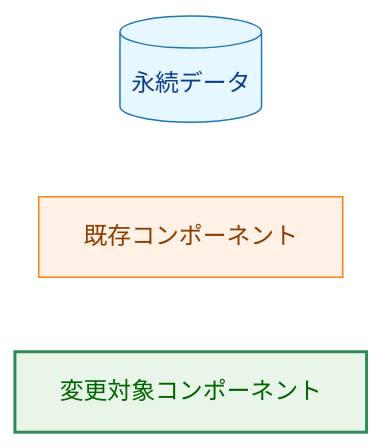
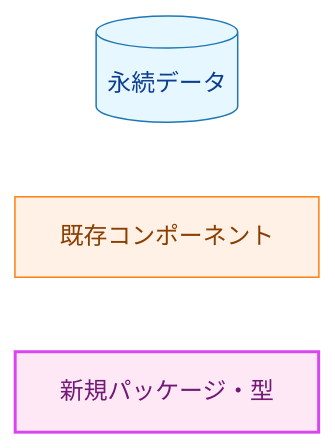
The fourth of 15 diagrams in docs/tasks/0040_store/02_architecture.md (isseis/tlsrpt-digest), drawn with Mermaid (neutral theme) before and after one commit. The commit also changed other lines of this file, not shown here.

First line of the commit message:
docs(store/arch): fix newpkg classDef missing and non-standard colors

````diff
--- a/docs/tasks/0040_store/02_architecture.md
+++ b/docs/tasks/0040_store/02_architecture.md
@@ -126,14 +126,14 @@
 ```mermaid
 flowchart LR
     classDef data fill:#e6f7ff,stroke:#1f77b4,stroke-width:1px,color:#0b3d91;
     classDef process fill:#fff1e6,stroke:#ff7f0e,stroke-width:1px,color:#8a3e00;
-    classDef enhanced fill:#e8f5e8,stroke:#2e8b57,stroke-width:2px,color:#006400;
+    classDef newpkg fill:#ffe8f5,stroke:#d946ef,stroke-width:2px,color:#701a75;
 
     D[("永続データ")]
     P["既存コンポーネント"]
-    E["変更対象コンポーネント"]
+    N["新規パッケージ・型"]
 
     class D data
     class P process
-    class E enhanced
+    class N newpkg
 ```
````
